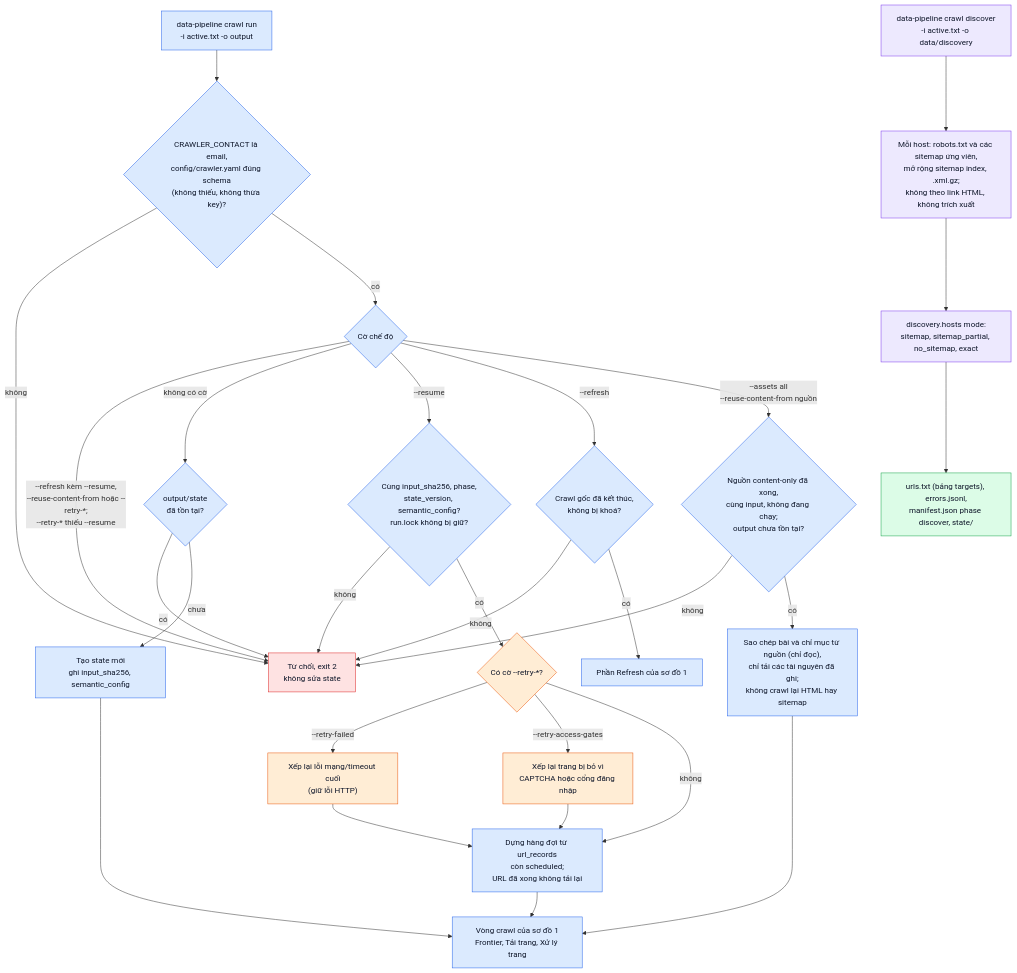
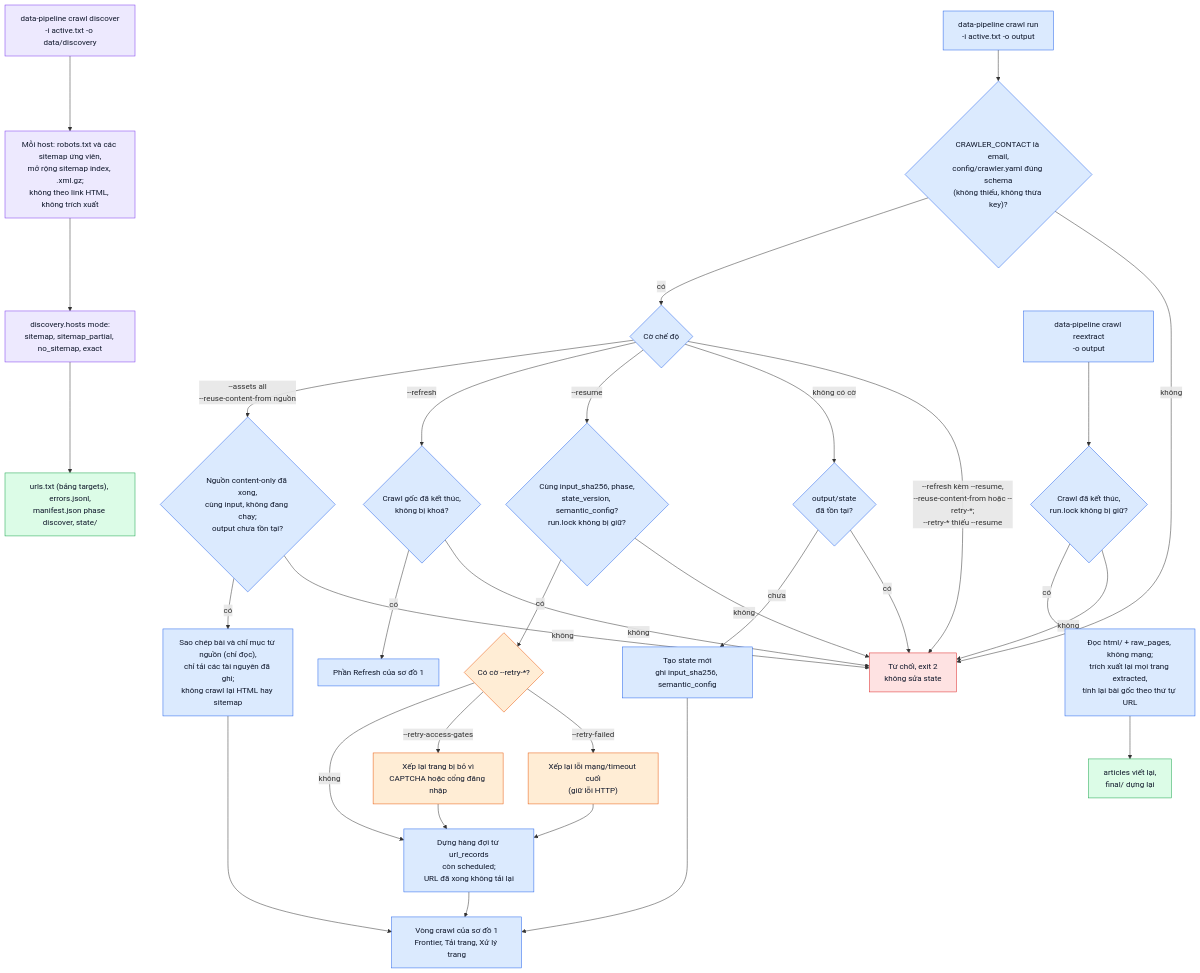
One commit to doanan293/WebCorpusPipeline changed the fourth of 7 diagrams in data_pipeline/docs/architecture.md. Above: the diagram before and after it, drawn with Mermaid. The commit also changed other lines of this file and 17 other files, not shown here.

First line of the commit message:
feat(crawl): keep raw HTML and add offline reextract

````diff
--- a/data_pipeline/docs/architecture.md
+++ b/data_pipeline/docs/architecture.md
@@ -260,62 +260,72 @@
 ```mermaid
 flowchart TD
     START["data-pipeline crawl run<br/>-i active.txt -o output"]
     CONTACT{"CRAWLER_CONTACT là email,<br/>config/crawler.yaml đúng schema<br/>(không thiếu, không thừa key)?"}
     FLAGS{"Cờ chế độ"}
     BAD["Từ chối, exit 2<br/>không sửa state"]
 
     START --> CONTACT
     CONTACT -- "không" --> BAD
     CONTACT -- "có" --> FLAGS
     FLAGS -- "--refresh kèm --resume,<br/>--reuse-content-from hoặc --retry-*;<br/>--retry-* thiếu --resume" --> BAD
 
     %% ===== MỚI =====
     FLAGS -- "không có cờ" --> NEWCHK{"output/state<br/>đã tồn tại?"}
     NEWCHK -- "có" --> BAD
     NEWCHK -- "chưa" --> NEWRUN["Tạo state mới<br/>ghi input_sha256, semantic_config"]
 
     %% ===== RESUME =====
     FLAGS -- "--resume" --> RESCHK{"Cùng input_sha256, phase,<br/>state_version, semantic_config?<br/>run.lock không bị giữ?"}
     RESCHK -- "không" --> BAD
     RESCHK -- "có" --> RETRY{"Có cờ --retry-*?"}
     RETRY -- "--retry-failed" --> RQ1["Xếp lại lỗi mạng/timeout cuối<br/>(giữ lỗi HTTP)"]
     RETRY -- "--retry-access-gates" --> RQ3["Xếp lại trang bị bỏ vì<br/>CAPTCHA hoặc cổng đăng nhập"]
     RETRY -- "không" --> REBUILD
     RQ1 --> REBUILD
     RQ3 --> REBUILD
     REBUILD["Dựng hàng đợi từ url_records<br/>còn scheduled;<br/>URL đã xong không tải lại"]
 
     %% ===== REFRESH =====
     FLAGS -- "--refresh" --> REFCHK{"Crawl gốc đã kết thúc,<br/>không bị khoá?"}
     REFCHK -- "không" --> BAD
     REFCHK -- "có" --> REFRUN["Phần Refresh của sơ đồ 1"]
 
     %% ===== REUSE =====
     FLAGS -- "--assets all<br/>--reuse-content-from nguồn" --> REUSECHK{"Nguồn content-only đã xong,<br/>cùng input, không đang chạy;<br/>output chưa tồn tại?"}
     REUSECHK -- "không" --> BAD
     REUSECHK -- "có" --> REUSE["Sao chép bài và chỉ mục từ nguồn (chỉ đọc),<br/>chỉ tải các tài nguyên đã ghi;<br/>không crawl lại HTML hay sitemap"]
 
     LOOP["Vòng crawl của sơ đồ 1<br/>Frontier, Tải trang, Xử lý trang"]
     NEWRUN --> LOOP
     REBUILD --> LOOP
     REUSE --> LOOP
 
     %% ===== DISCOVER =====
     DSTART["data-pipeline crawl discover<br/>-i active.txt -o data/discovery"]
     DPROBE["Mỗi host: robots.txt và các sitemap ứng viên,<br/>mở rộng sitemap index, .xml.gz;<br/>không theo link HTML, không trích xuất"]
     DMODE["discovery.hosts mode:<br/>sitemap, sitemap_partial, no_sitemap, exact"]
     DOUT["urls.txt (bảng targets), errors.jsonl,<br/>manifest.json phase discover, state/"]
     DSTART --> DPROBE --> DMODE --> DOUT
 
+    %% ===== REEXTRACT =====
+    XSTART["data-pipeline crawl reextract<br/>-o output"]
+    XCHK{"Crawl đã kết thúc,<br/>run.lock không bị giữ?"}
+    XRUN["Đọc html/ + raw_pages, không mạng;<br/>trích xuất lại mọi trang extracted,<br/>tính lại bài gốc theo thứ tự URL"]
+    XOUT["articles viết lại,<br/>final/ dựng lại"]
+    XSTART --> XCHK
+    XCHK -- "không" --> BAD
+    XCHK -- "có" --> XRUN --> XOUT
+
     classDef run fill:#dbeafe,stroke:#2563eb,color:#0f172a;
     classDef retry fill:#ffedd5,stroke:#ea580c,color:#0f172a;
     classDef out fill:#dcfce7,stroke:#16a34a,color:#0f172a;
     classDef bad fill:#fee2e2,stroke:#dc2626,color:#0f172a;
     classDef disc fill:#ede9fe,stroke:#7c3aed,color:#0f172a;
 
     class START,CONTACT,FLAGS,NEWCHK,NEWRUN,RESCHK,REBUILD,REFCHK,REFRUN,REUSECHK,REUSE,LOOP run;
     class RETRY,RQ1,RQ3 retry;
     class BAD bad;
     class DSTART,DPROBE,DMODE disc;
-    class DOUT out;
+    class DOUT,XOUT out;
+    class XSTART,XCHK,XRUN run;
 ```
````
